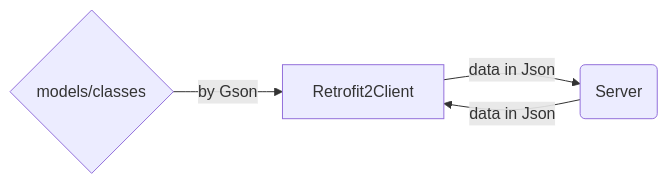
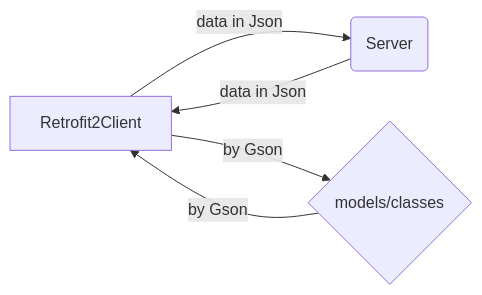
The fifth of 5 diagrams in Welcome file.md (LooDaHu/ARORA_General_-Introduction), drawn with Mermaid before and after one commit. The commit also changed other lines of this file, not shown here.

````diff
--- a/Welcome file.md
+++ b/Welcome file.md
@@ -227,7 +227,7 @@
 ```mermaid
 graph LR
 A[Retrofit2Client] --data in Json--> B(Server)
 B(Server)--data in Json--> A[Retrofit2Client]
 C{models/classes}--by Gson--> A[Retrofit2Client] 
-A[Retrofit2Client]   
+A[Retrofit2Client]  --by Gson--> C{models/classes}
 ```
````
